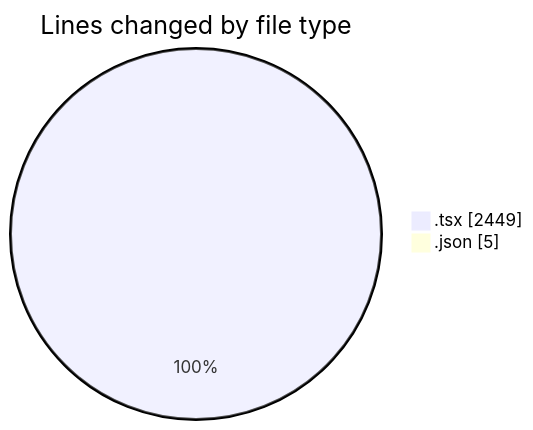
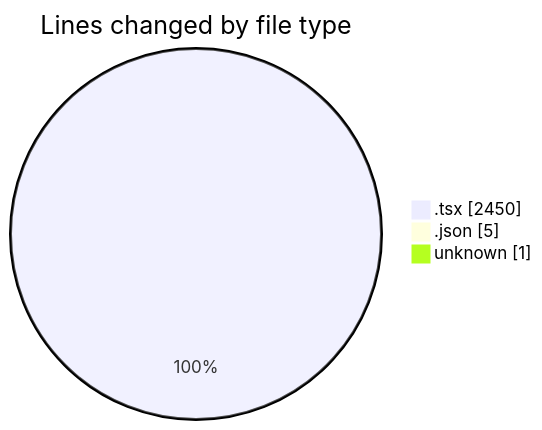
Before and after one commit to Elitesun/code-tracking: the first of 2 diagrams in 2025-05-07/niten/README.md, drawn with Mermaid. The commit also changed other lines of this file and 1 other file, not shown here.

````diff
--- a/2025-05-07/niten/README.md
+++ b/2025-05-07/niten/README.md
@@ -42,6 +43,7 @@
 ```mermaid
 pie showData
 title Lines changed by file type
-".tsx" : 2449
+".tsx" : 2450
 ".json" : 5
+"unknown" : 1
 ```
````
